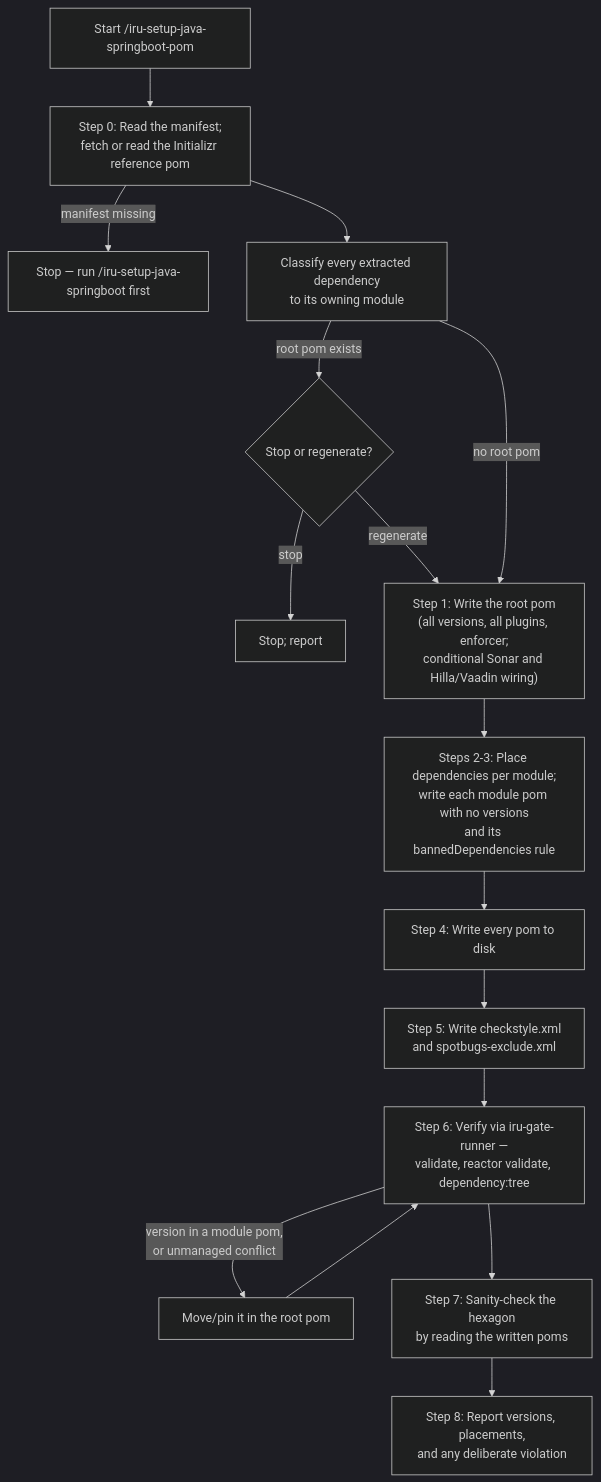
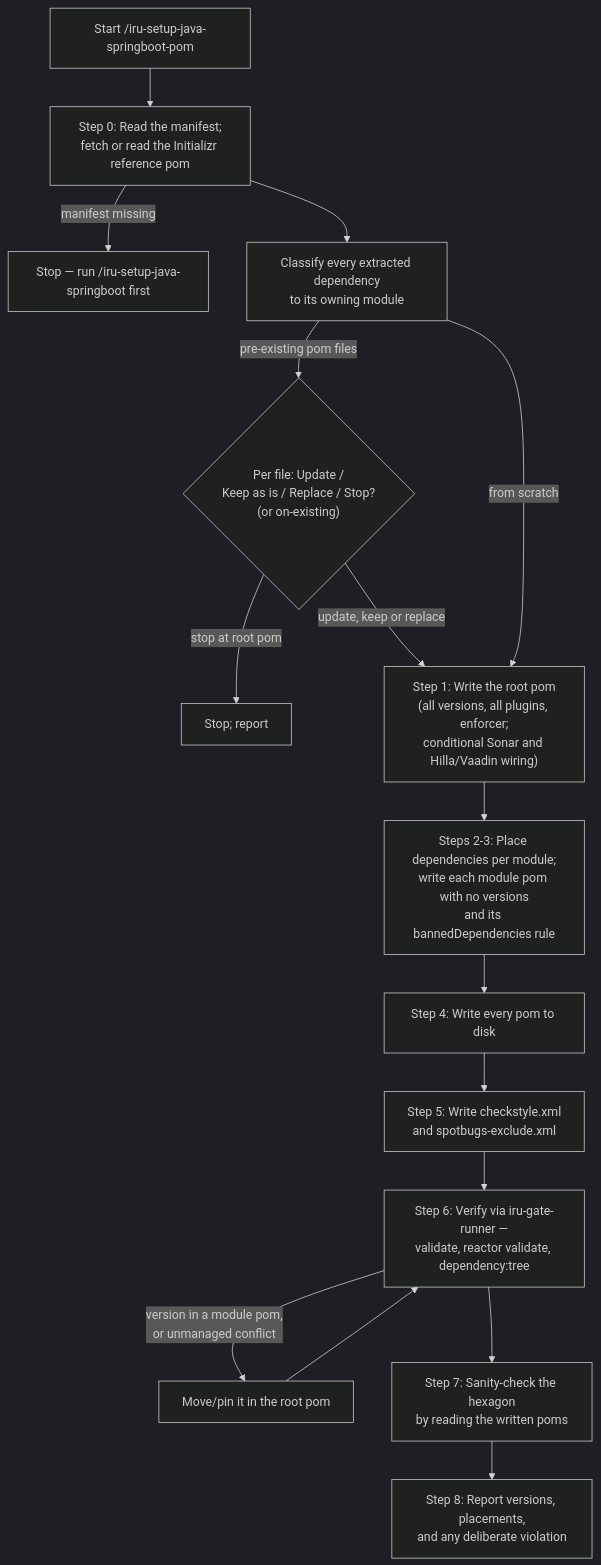
The diagram in docs/modules/ROOT/pages/skills/iru-setup-java-springboot-pom.adoc (albertoirurueta/ai-catalog), drawn with Mermaid (dark theme) before and after one commit. The commit also changed other lines of this file and 87 other files, not shown here.

```diff
--- a/docs/modules/ROOT/pages/skills/iru-setup-java-springboot-pom.adoc
+++ b/docs/modules/ROOT/pages/skills/iru-setup-java-springboot-pom.adoc
@@ -107,19 +126,19 @@
 [mermaid]
 ....
 flowchart TD
     A["Start /iru-setup-java-springboot-pom"] --> B["Step 0: Read the manifest;\nfetch or read the Initializr reference pom"]
     B -- manifest missing --> STOP["Stop — run /iru-setup-java-springboot first"]
     B --> C["Classify every extracted dependency\nto its owning module"]
-    C -- root pom exists --> D{"Stop or regenerate?"}
-    D -- stop --> STOP2[Stop; report]
-    D -- regenerate --> E
-    C -- no root pom --> E["Step 1: Write the root pom\n(all versions, all plugins, enforcer;\nconditional Sonar and Hilla/Vaadin wiring)"]
+    C -- pre-existing pom files --> D{"Per file: Update /\nKeep as is / Replace / Stop?\n(or on-existing)"}
+    D -- stop at root pom --> STOP2[Stop; report]
+    D -- update, keep or replace --> E
+    C -- from scratch --> E["Step 1: Write the root pom\n(all versions, all plugins, enforcer;\nconditional Sonar and Hilla/Vaadin wiring)"]
     E --> F["Steps 2-3: Place dependencies per module;\nwrite each module pom with no versions\nand its bannedDependencies rule"]
     F --> G["Step 4: Write every pom to disk"]
     G --> H["Step 5: Write checkstyle.xml\nand spotbugs-exclude.xml"]
     H --> I["Step 6: Verify via iru-gate-runner —\nvalidate, reactor validate, dependency:tree"]
     I -->|"version in a module pom,\nor unmanaged conflict"| J["Move/pin it in the root pom"]
     J --> I
     I --> K["Step 7: Sanity-check the hexagon\nby reading the written poms"]
     K --> L["Step 8: Report versions, placements,\nand any deliberate violation"]
 ....
```
